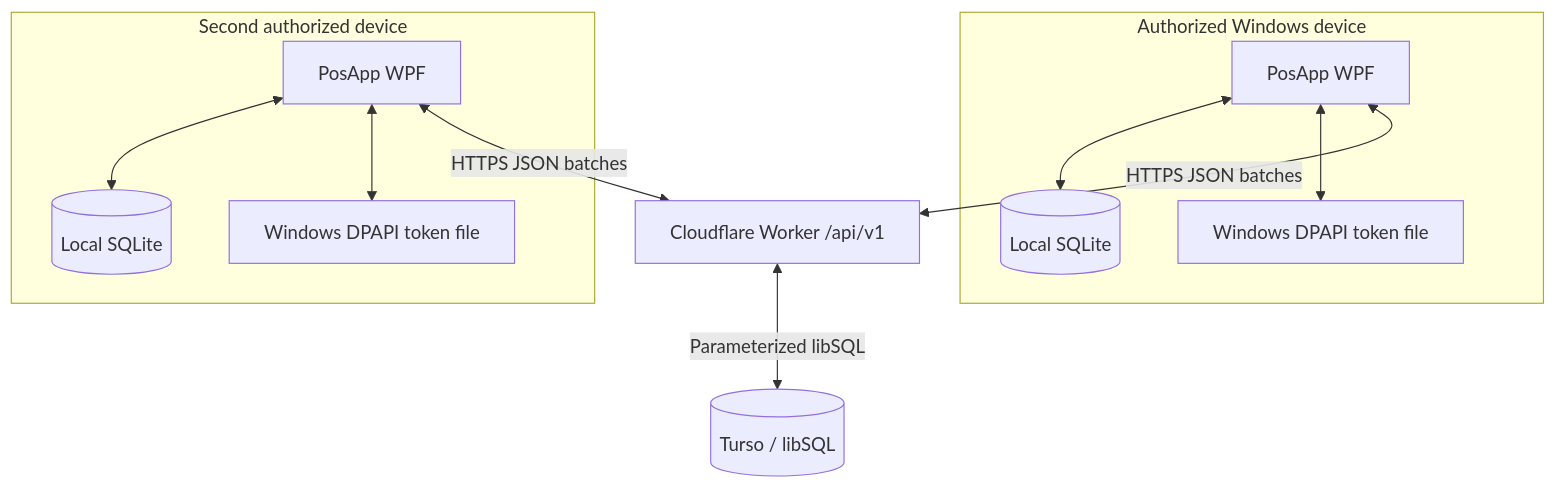
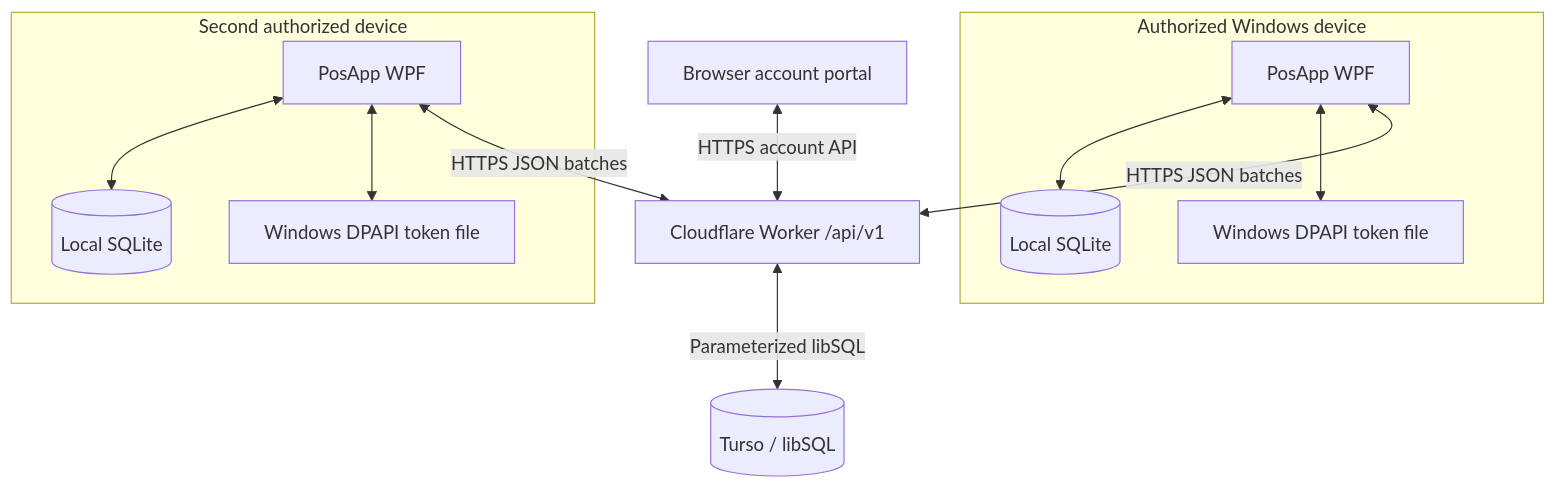
One commit to Siam-Sweets/Sweets changed the first of 2 diagrams in docs/ARCHITECTURE.md. Above: the diagram before and after it, drawn with Mermaid. The commit also changed other lines of this file and 21 other files, not shown here.

````diff
--- a/docs/ARCHITECTURE.md
+++ b/docs/ARCHITECTURE.md
@@ -5,22 +5,24 @@
 ```mermaid
 flowchart TB
     subgraph DeviceA["Authorized Windows device"]
         WPF1["PosApp WPF"]
         DB1[("Local SQLite")]
         DP1["Windows DPAPI token file"]
         WPF1 <--> DB1
         WPF1 <--> DP1
     end
     subgraph DeviceB["Second authorized device"]
         WPF2["PosApp WPF"]
         DB2[("Local SQLite")]
         DP2["Windows DPAPI token file"]
         WPF2 <--> DB2
         WPF2 <--> DP2
     end
     API["Cloudflare Worker /api/v1"]
     TURSO[("Turso / libSQL")]
+    PORTAL["Browser account portal"]
     WPF1 <-->|"HTTPS JSON batches"| API
     WPF2 <-->|"HTTPS JSON batches"| API
+    PORTAL <-->|"HTTPS account API"| API
     API <-->|"Parameterized libSQL"| TURSO
 ```
````
